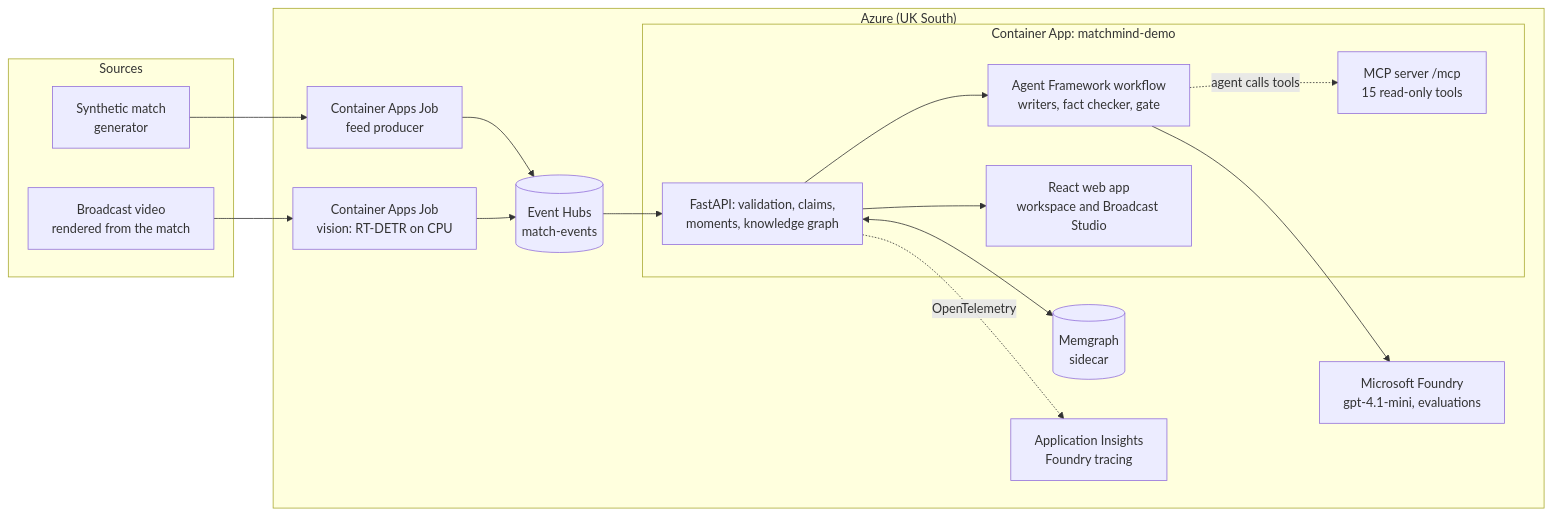
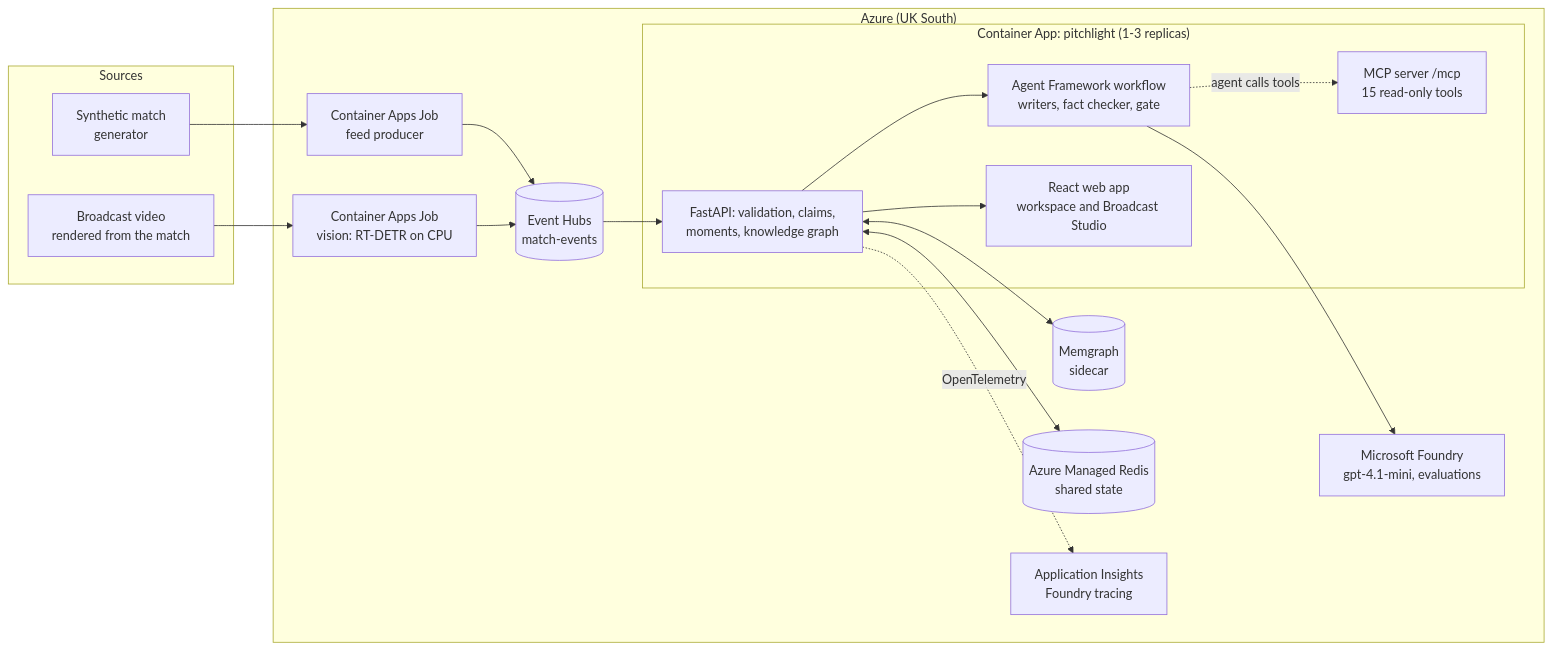
Before and after one commit to othniel74/matchmind-ai: the diagram in README.md, drawn with Mermaid. The commit also changed other lines of this file and 8 other files, not shown here.

````diff
--- a/README.md
+++ b/README.md
@@ -54,29 +103,31 @@
 ```mermaid
 flowchart LR
   subgraph Sources
     SIM[Synthetic match<br/>generator]
     VID[Broadcast video<br/>rendered from the match]
   end
   subgraph Azure["Azure (UK South)"]
     FJ[Container Apps Job<br/>feed producer]
     VJ[Container Apps Job<br/>vision: RT-DETR on CPU]
     EH[(Event Hubs<br/>match-events)]
-    subgraph CA["Container App: matchmind-demo"]
+    subgraph CA["Container App: pitchlight (1-3 replicas)"]
       API[FastAPI: validation, claims,<br/>moments, knowledge graph]
       WF[Agent Framework workflow<br/>writers, fact checker, gate]
       MCP[MCP server /mcp<br/>15 read-only tools]
       UI[React web app<br/>workspace and Broadcast Studio]
     end
     MG[(Memgraph<br/>sidecar)]
+    RD[(Azure Managed Redis<br/>shared state)]
     FD[Microsoft Foundry<br/>gpt-4.1-mini, evaluations]
     AI[Application Insights<br/>Foundry tracing]
   end
   SIM --> FJ --> EH
   VID --> VJ --> EH
   EH --> API
   API <--> MG
+  API <--> RD
   API --> WF --> FD
   WF -. agent calls tools .-> MCP
   API --> UI
   API -. OpenTelemetry .-> AI
 ```
````
